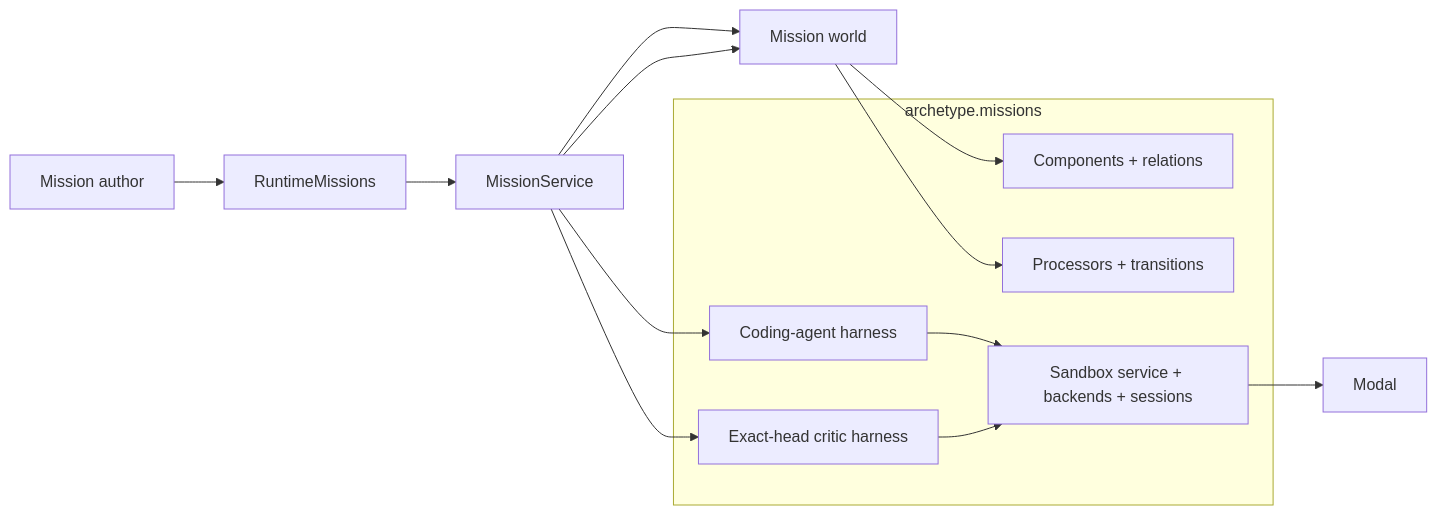
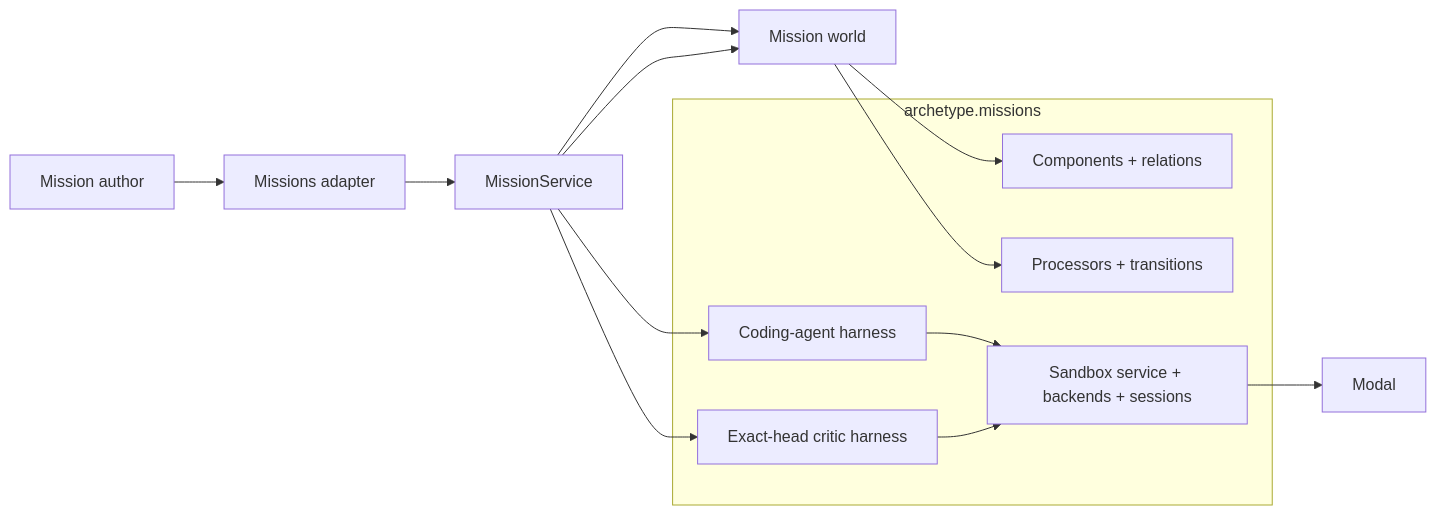
The second of 4 diagrams in docs/guide/agent-missions.md (VangelisTech/archetype), drawn with Mermaid before and after one commit. The commit also changed other lines of this file and 430 other files, not shown here.

````diff
--- a/docs/guide/agent-missions.md
+++ b/docs/guide/agent-missions.md
@@ -236,23 +240,23 @@
 ```mermaid
 flowchart LR
-    Author[Mission author] --> Runtime[RuntimeMissions]
+    Author[Mission author] --> Runtime[Missions adapter]
     Runtime --> Service[MissionService]
     Service --> World[Mission world]
 
     subgraph Domain[archetype.missions]
         State[Components + relations]
         Behavior[Processors + transitions]
         Agents[Coding-agent harness]
         Critics[Exact-head critic harness]
         Sandboxes[Sandbox service + backends + sessions]
     end
 
     World --> State
     World --> Behavior
     Service --> Agents
     Service --> Critics
     Agents --> Sandboxes
     Critics --> Sandboxes
     Sandboxes --> Provider[Modal]
     Service --> World
 ```
````
